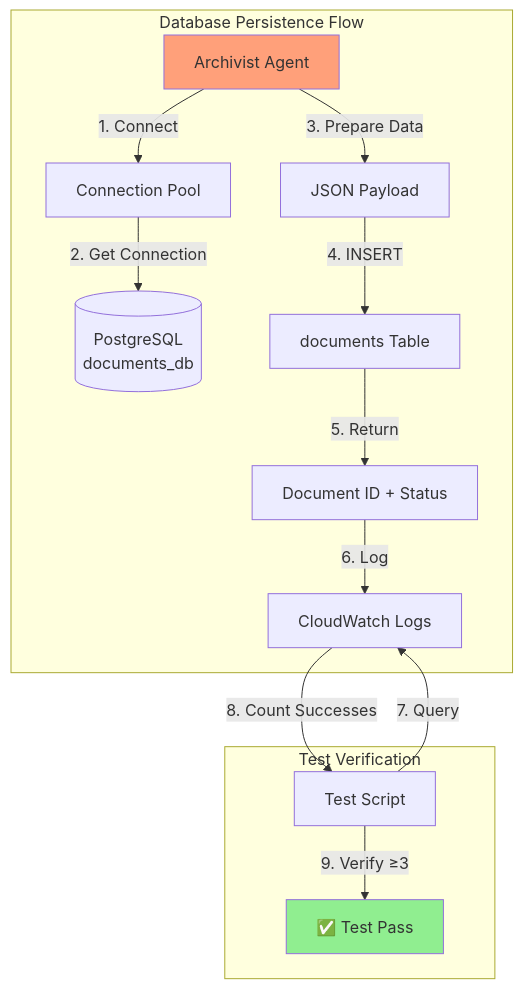
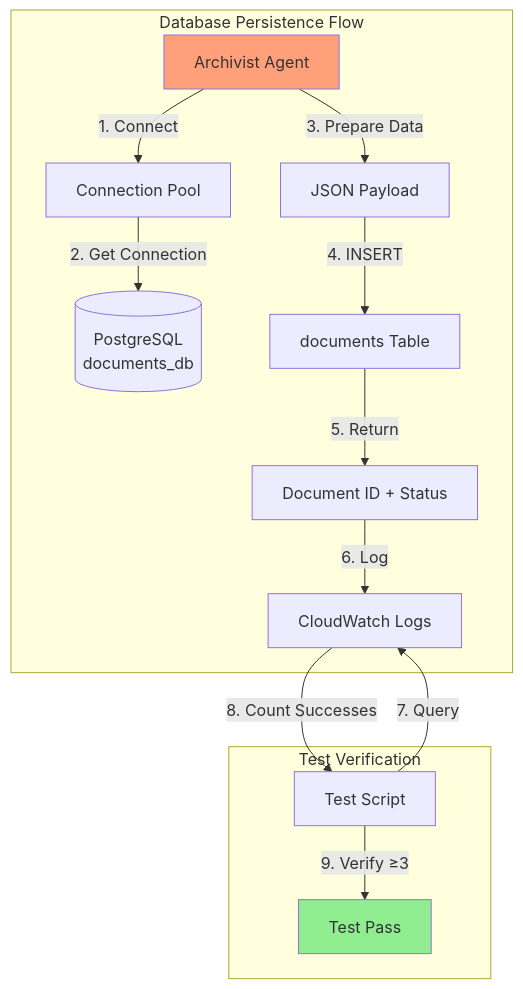
Before and after one commit to jaafar-benabderrazak/ca_a2a: the seventh of 10 diagrams in TEST_SUITE_EXPLAINED.md, drawn with Mermaid. The commit also changed other lines of this file and 19 other files, not shown here.

````diff
--- a/TEST_SUITE_EXPLAINED.md
+++ b/TEST_SUITE_EXPLAINED.md
@@ -473,22 +473,22 @@
 ```mermaid
 graph TB
-    subgraph "Database Persistence Flow"
-        A[Archivist Agent] -->|1. Connect| Pool[Connection Pool]
-        Pool -->|2. Get Connection| DB[(PostgreSQL<br/>documents_db)]
-        
-        A -->|3. Prepare Data| JSON[JSON Payload]
-        JSON -->|4. INSERT| Table[documents Table]
-        
-        Table -->|5. Return| ID[Document ID + Status]
-        ID -->|6. Log| Logs[CloudWatch Logs]
-    end
-    
-    subgraph "Test Verification"
-        Test[Test Script] -->|7. Query| Logs
-        Logs -->|8. Count Successes| Test
-        Test -->|9. Verify ≥3| Pass[✅ Test Pass]
-    end
-    
-    style A fill:#FFA07A
-    style Pass fill:#90EE90
+ subgraph "Database Persistence Flow"
+ A[Archivist Agent] -->|1. Connect| Pool[Connection Pool]
+ Pool -->|2. Get Connection| DB[(PostgreSQL<br/>documents_db)]
+ 
+ A -->|3. Prepare Data| JSON[JSON Payload]
+ JSON -->|4. INSERT| Table[documents Table]
+ 
+ Table -->|5. Return| ID[Document ID + Status]
+ ID -->|6. Log| Logs[CloudWatch Logs]
+ end
+ 
+ subgraph "Test Verification"
+ Test[Test Script] -->|7. Query| Logs
+ Logs -->|8. Count Successes| Test
+ Test -->|9. Verify ≥3| Pass[ Test Pass]
+ end
+ 
+ style A fill:#FFA07A
+ style Pass fill:#90EE90
 ```
````
